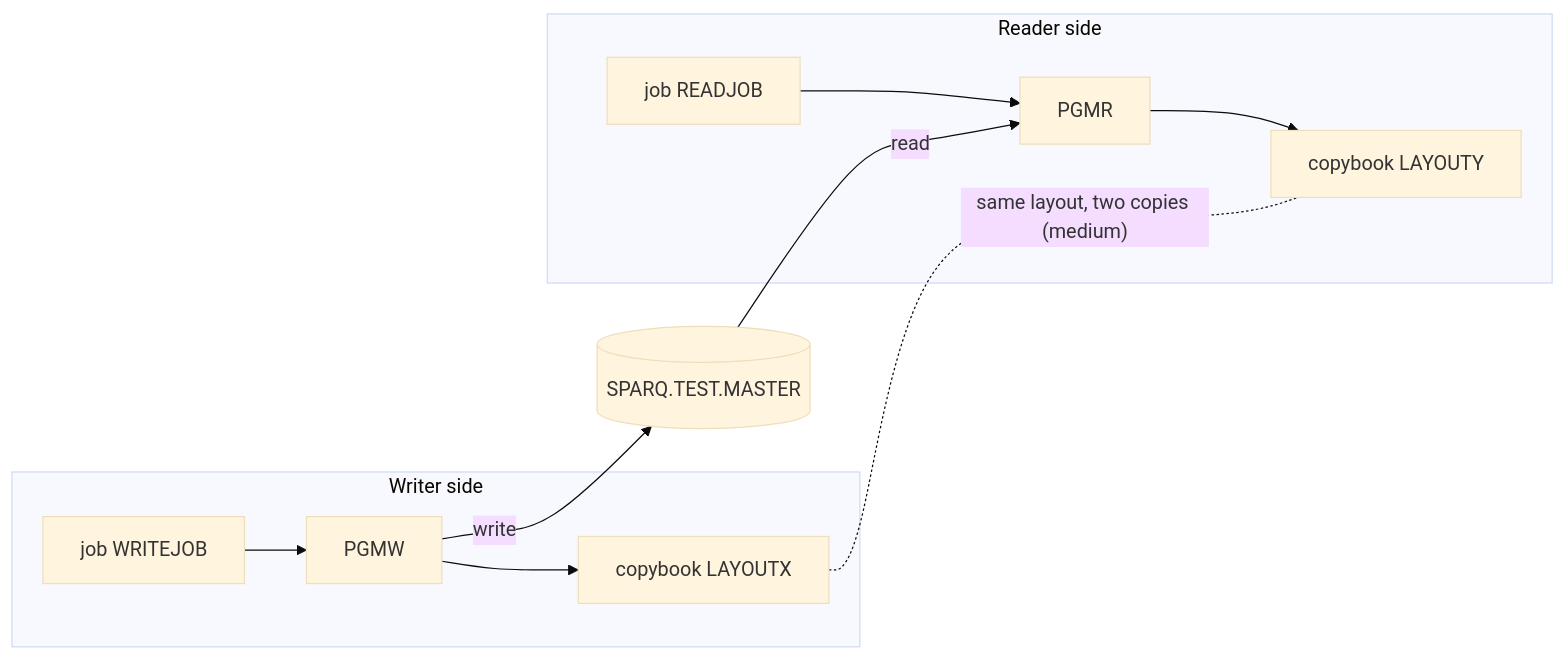
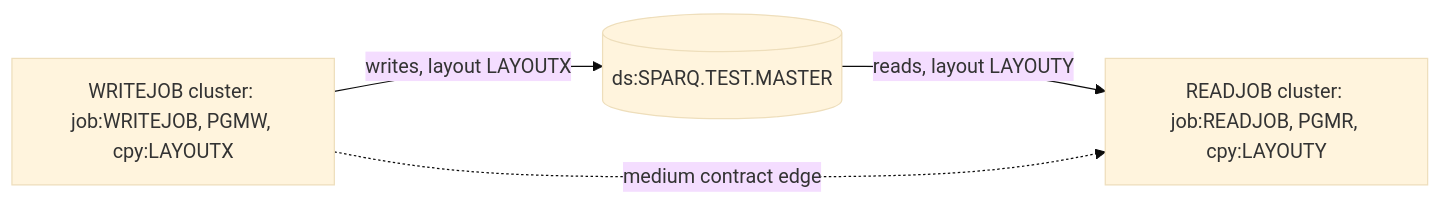
One commit to Sparq-Holding-Inc/claude-legacy-modernization changed the diagram in evals/runs/07-contract-mismatch/modernization-assessment/02-coupling.md. Above: the diagram before and after it, drawn with Mermaid (base theme). The commit also changed other lines of this file and 252 other files, not shown here.

````diff
--- a/evals/runs/07-contract-mismatch/modernization-assessment/02-coupling.md
+++ b/evals/runs/07-contract-mismatch/modernization-assessment/02-coupling.md
@@ -62,12 +51,6 @@
 ```mermaid
 graph LR
-  subgraph W[Writer side]
-    JW[job WRITEJOB] --> PW[PGMW] --> CX[copybook LAYOUTX]
-  end
-  subgraph R[Reader side]
-    JR[job READJOB] --> PR[PGMR] --> CY[copybook LAYOUTY]
-  end
-  PW -- write --> DS[(SPARQ.TEST.MASTER)]
-  DS -- read --> PR
-  CX -. "same layout, two copies (medium)" .- CY
+  W["WRITEJOB cluster: job:WRITEJOB, PGMW, cpy:LAYOUTX"] -->|writes, layout LAYOUTX| D[("ds:SPARQ.TEST.MASTER")]
+  D -->|reads, layout LAYOUTY| R["READJOB cluster: job:READJOB, PGMR, cpy:LAYOUTY"]
+  W -. "medium contract edge" .-> R
 ```
````
